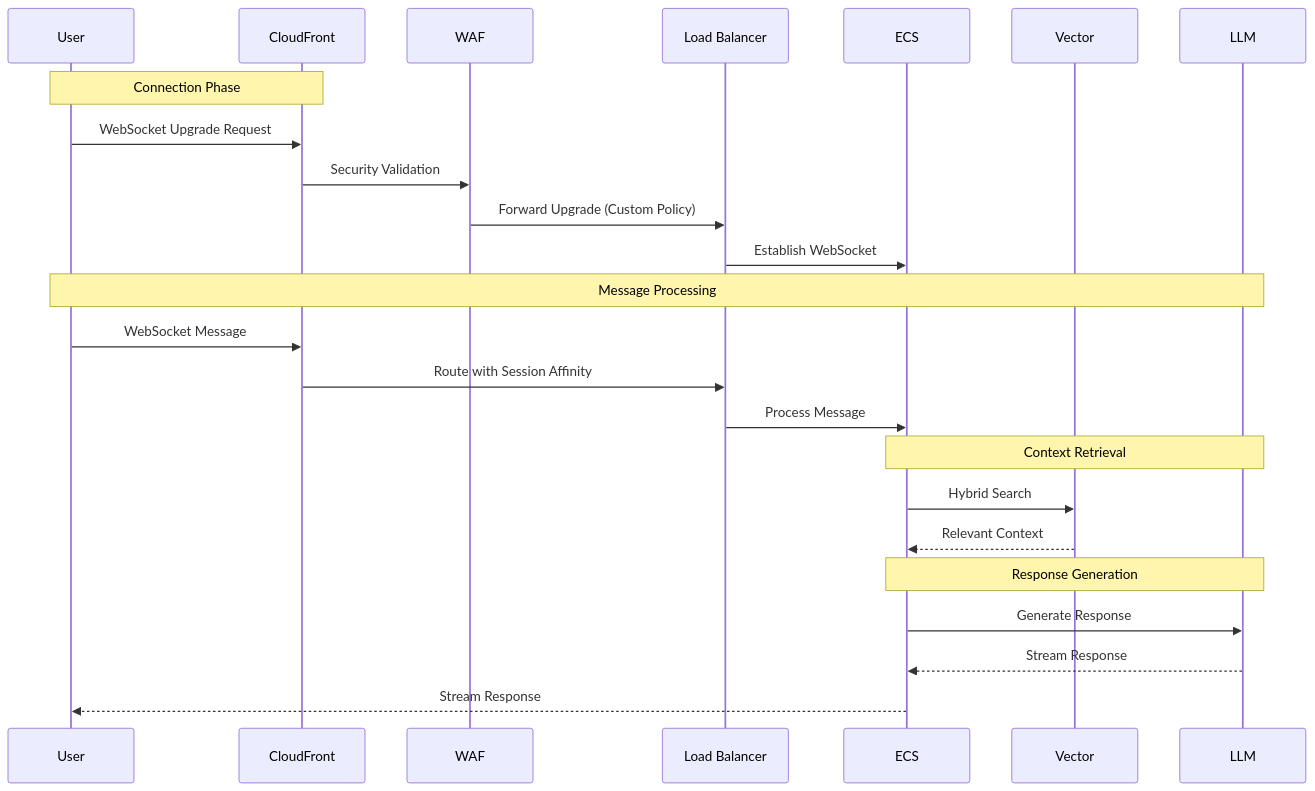
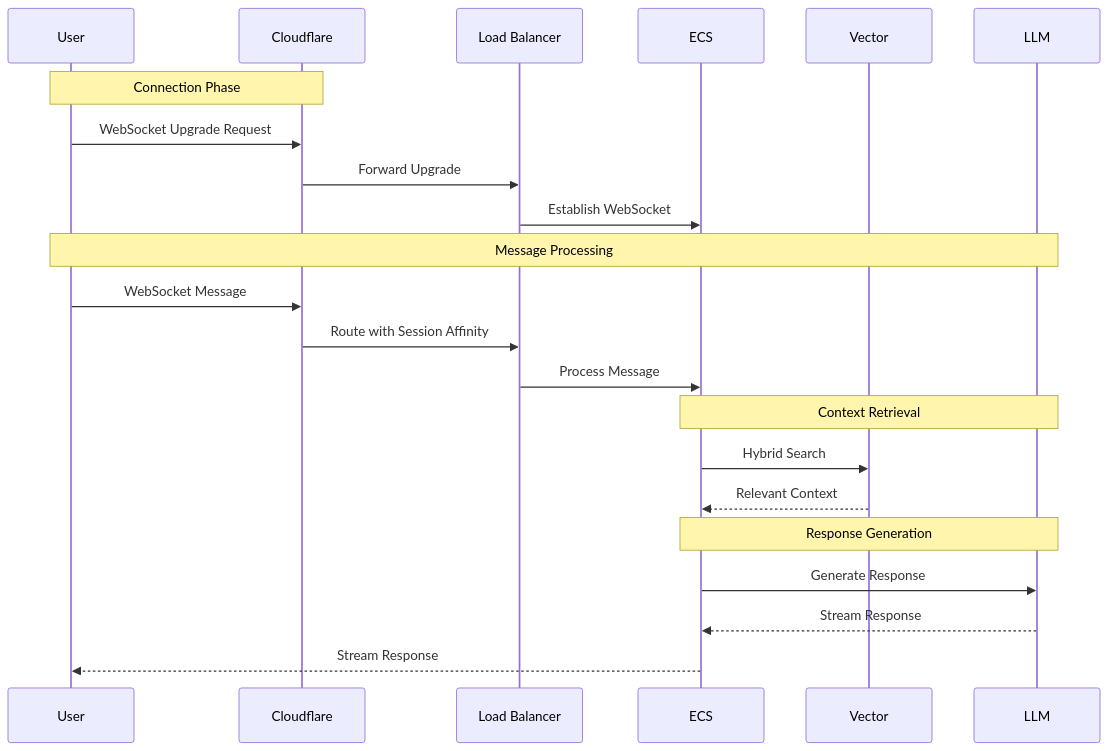
One commit to laialex501/lorechat-cdk changed the third of 9 diagrams in memory-bank/systemPatterns.md. Above: the diagram before and after it, drawn with Mermaid. The commit also changed other lines of this file and 9 other files, not shown here.

Commit message:
Migrate from CloudFront to Cloudflare

````diff
--- a/memory-bank/systemPatterns.md
+++ b/memory-bank/systemPatterns.md
@@ -81,30 +81,28 @@
 ```mermaid
 sequenceDiagram
     participant User
-    participant CF as CloudFront
-    participant WAF
+    participant CF as Cloudflare
     participant ALB as Load Balancer
     participant ECS
     participant Vector
     participant LLM
     
     Note over User,CF: Connection Phase
     User->>CF: WebSocket Upgrade Request
-    CF->>WAF: Security Validation
-    WAF->>ALB: Forward Upgrade (Custom Policy)
+    CF->>ALB: Forward Upgrade
     ALB->>ECS: Establish WebSocket
     
     Note over User,LLM: Message Processing
     User->>CF: WebSocket Message
     CF->>ALB: Route with Session Affinity
     ALB->>ECS: Process Message
     
     Note over ECS,LLM: Context Retrieval
     ECS->>Vector: Hybrid Search
     Vector-->>ECS: Relevant Context
     
     Note over ECS,LLM: Response Generation
     ECS->>LLM: Generate Response
     LLM-->>ECS: Stream Response
     ECS-->>User: Stream Response
 ```
````
